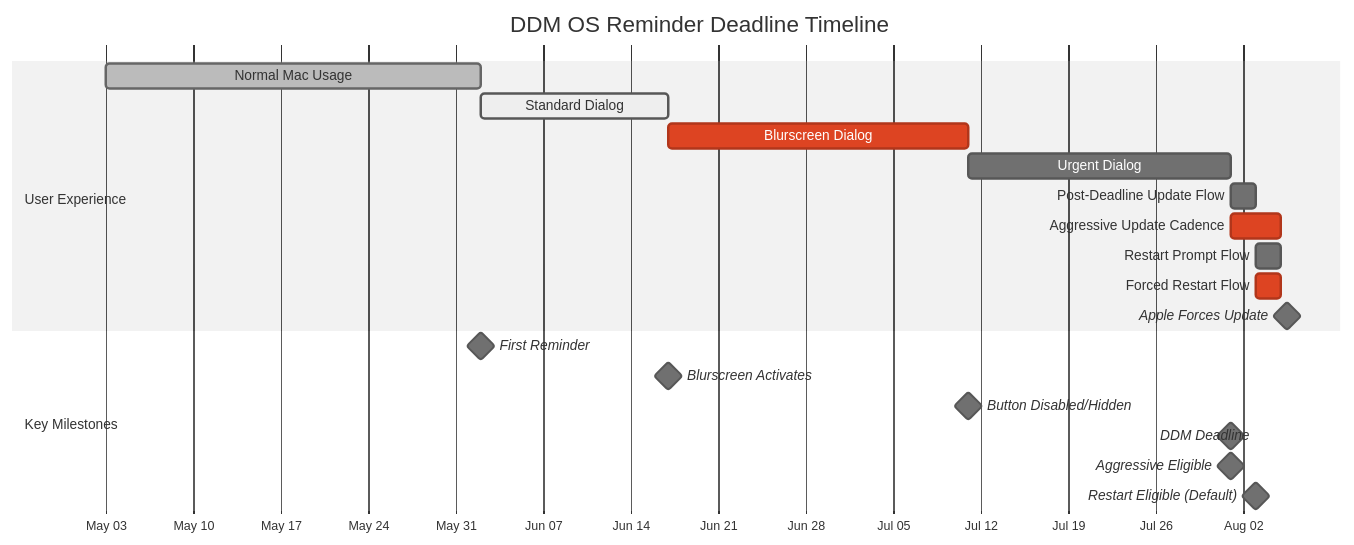
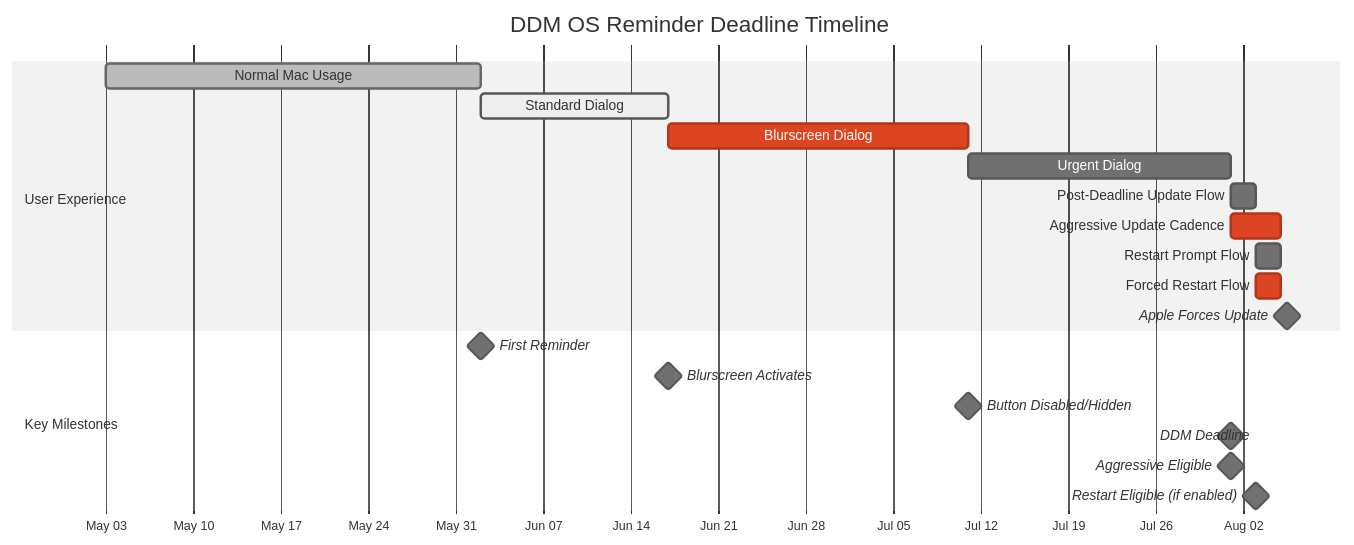
One commit to dan-snelson/DDM-OS-Reminder changed the first of 2 diagrams in Diagrams/03-deadline-timeline.md. Above: the diagram before and after it, drawn with Mermaid (neutral theme). The commit also changed other lines of this file and 47 other files, not shown here.

````diff
--- a/Diagrams/03-deadline-timeline.md
+++ b/Diagrams/03-deadline-timeline.md
@@ -5,25 +5,25 @@
 ```mermaid
 gantt
     title DDM OS Reminder Deadline Timeline
     dateFormat YYYY-MM-DD
     axisFormat %b %d
 
     section User Experience
     Normal Mac Usage            :done, normal, 2026-05-03, 30d
     Standard Dialog             :active, standard, 2026-06-02, 15d
     Blurscreen Dialog           :crit, blur, 2026-06-17, 24d
     Urgent Dialog               :urgent, 2026-07-11, 21d
     Post-Deadline Update Flow   :postupdate, 2026-08-01, 2d
     Aggressive Update Cadence   :crit, postagg, 2026-08-01, 4d
     Restart Prompt Flow         :postprompt, 2026-08-03, 2d
     Forced Restart Flow         :crit, postforce, 2026-08-03, 2d
     Apple Forces Update         :milestone, force, 2026-08-05, 1d
 
     section Key Milestones
     First Reminder              :milestone, m1, 2026-06-02, 0d
     Blurscreen Activates        :milestone, m2, 2026-06-17, 0d
     Button Disabled/Hidden      :milestone, m3, 2026-07-11, 0d
     DDM Deadline                :milestone, m4, 2026-08-01, 0d
     Aggressive Eligible         :milestone, m4a, 2026-08-01, 0d
-    Restart Eligible (Default)  :milestone, m5, 2026-08-03, 0d
+    Restart Eligible (if enabled) :milestone, m5, 2026-08-03, 0d
 ```
````
